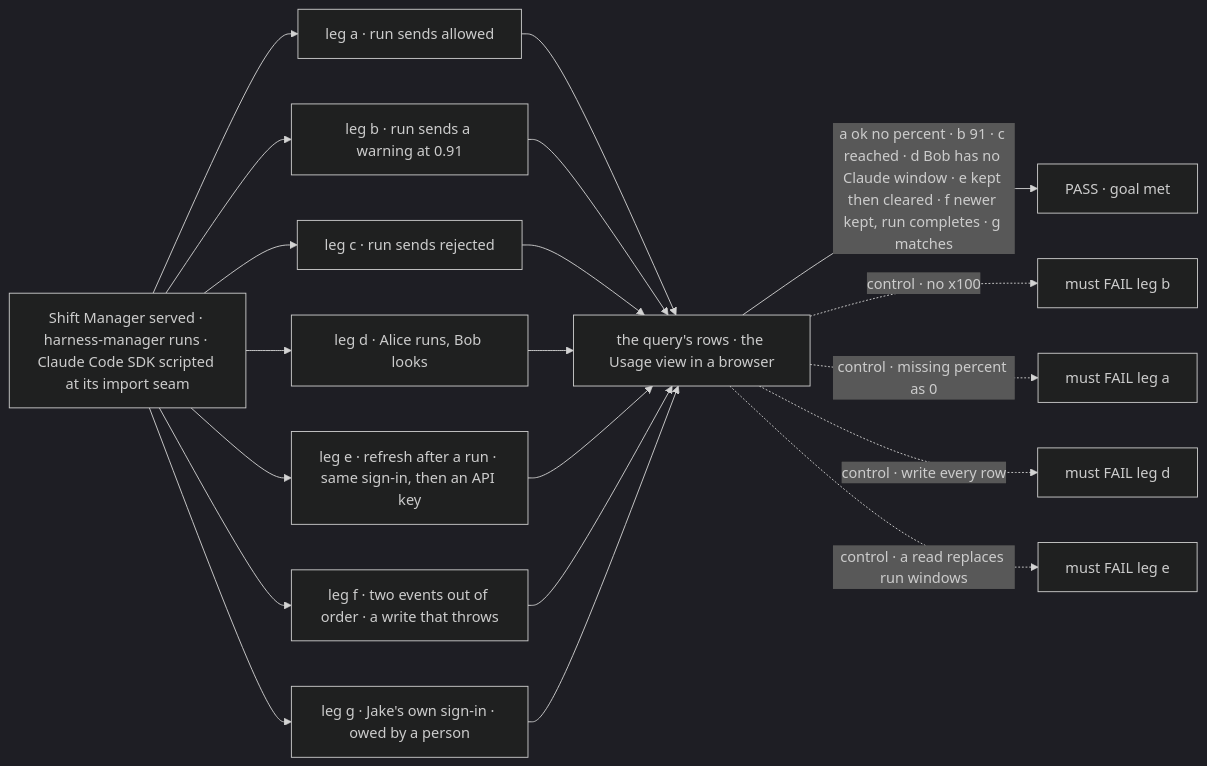
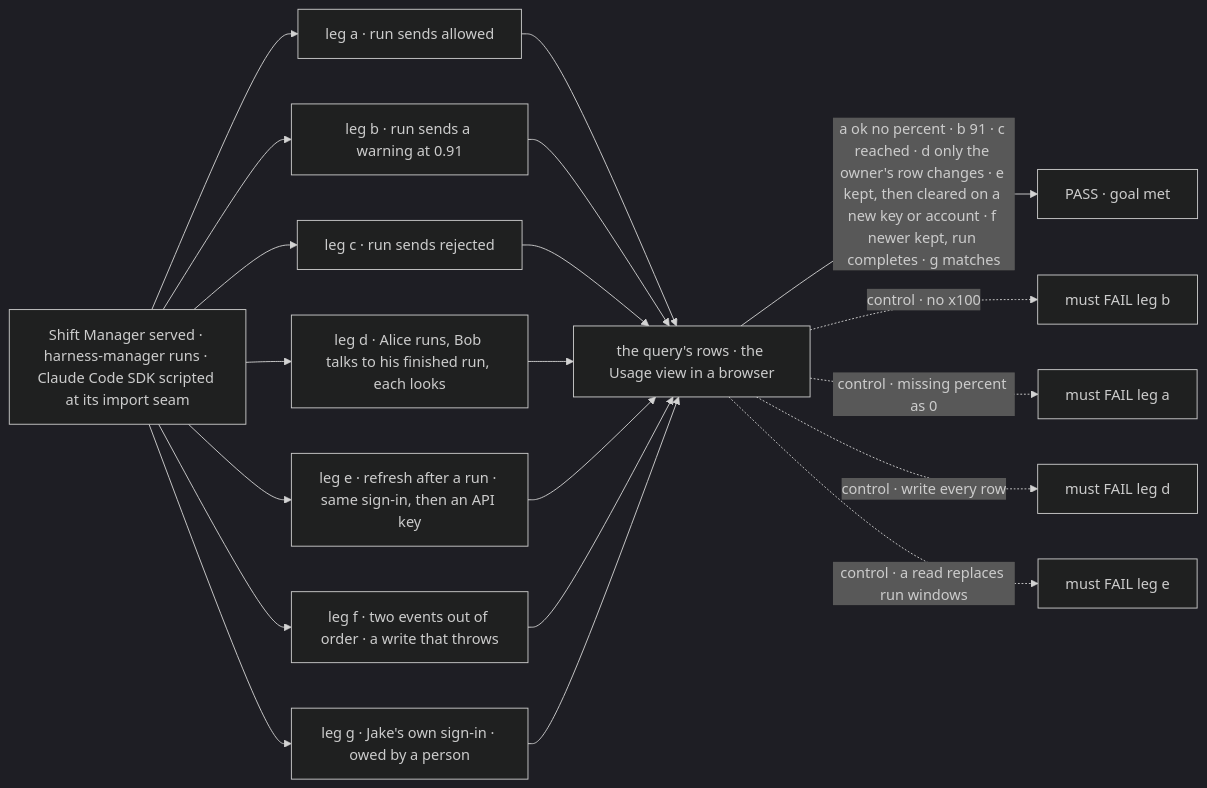
The first of 2 diagrams in specs/issues/FIX-2142/SPEC.md (fixpoint-labs/flow-state-dev), drawn with Mermaid (dark theme) before and after one commit. The commit also changed other lines of this file and 1 other file, not shown here.

Commit message:
spec(FIX-2142): bind run windows to their account; cover the session door in the goal check
Codex review round 1: the run's account comes from its own accountInfo(),
so a sign-in change clears the old account's windows; token-only sign-ins
are a named limit.

Claude-Session: https://claude.ai/code/session_01JQoHpLJAdvpaXWZ9EURap6

````diff
--- a/specs/issues/FIX-2142/SPEC.md
+++ b/specs/issues/FIX-2142/SPEC.md
@@ -28,22 +28,22 @@
 ```mermaid
 flowchart LR
   A["Shift Manager served · harness-manager runs · Claude Code SDK scripted at its import seam"] --> L1["leg a · run sends allowed"]
   A --> L2["leg b · run sends a warning at 0.91"]
   A --> L3["leg c · run sends rejected"]
-  A --> L4["leg d · Alice runs, Bob looks"]
+  A --> L4["leg d · Alice runs, Bob talks to his finished run, each looks"]
   A --> L5["leg e · refresh after a run · same sign-in, then an API key"]
   A --> L6["leg f · two events out of order · a write that throws"]
   A --> L7["leg g · Jake's own sign-in · owed by a person"]
   L1 --> R["the query's rows · the Usage view in a browser"]
   L2 --> R
   L3 --> R
   L4 --> R
   L5 --> R
   L6 --> R
   L7 --> R
-  R -->|"a ok no percent · b 91 · c reached · d Bob has no Claude window · e kept then cleared · f newer kept, run completes · g matches"| P["PASS · goal met"]
+  R -->|"a ok no percent · b 91 · c reached · d only the owner's row changes · e kept, then cleared on a new key or account · f newer kept, run completes · g matches"| P["PASS · goal met"]
   R -.->|"control · no x100"| F1["must FAIL leg b"]
   R -.->|"control · missing percent as 0"| F2["must FAIL leg a"]
   R -.->|"control · write every row"| F3["must FAIL leg d"]
   R -.->|"control · a read replaces run windows"| F4["must FAIL leg e"]
 ```
````
